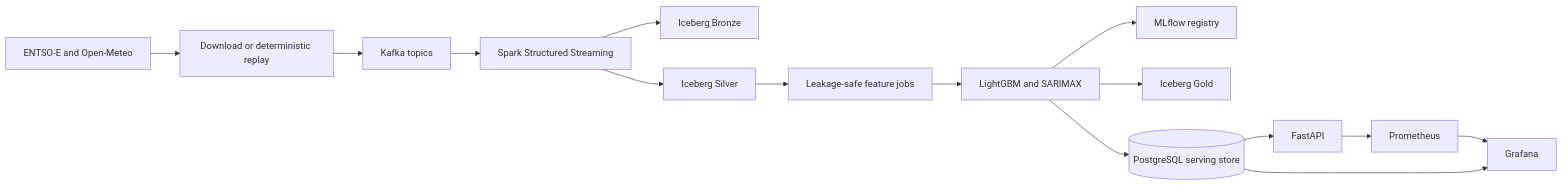
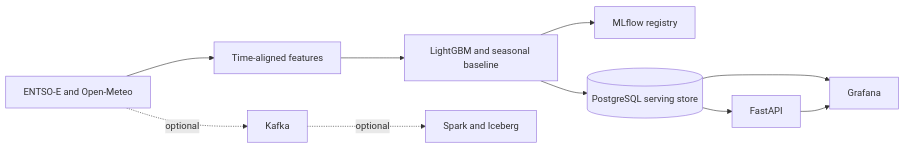
Before and after one commit to hsilvosa/energy-grid: the diagram in README.md, drawn with Mermaid. The commit also changed other lines of this file and 13 other files, not shown here.

````diff
--- a/README.md
+++ b/README.md
@@ -11,17 +13,12 @@
 ```mermaid
 flowchart LR
-    Sources[ENTSO-E and Open-Meteo] --> Replay[Download or deterministic replay]
-    Replay --> Kafka[Kafka topics]
-    Kafka --> Spark[Spark Structured Streaming]
-    Spark --> Bronze[Iceberg Bronze]
-    Spark --> Silver[Iceberg Silver]
-    Silver --> Features[Leakage-safe feature jobs]
-    Features --> Models[LightGBM and SARIMAX]
+    Sources[ENTSO-E and Open-Meteo] --> Features[Time-aligned features]
+    Features --> Models[LightGBM and seasonal baseline]
     Models --> MLflow[MLflow registry]
-    Models --> Gold[Iceberg Gold]
     Models --> Postgres[(PostgreSQL serving store)]
     Postgres --> API[FastAPI]
-    API --> Prometheus[Prometheus]
-    Prometheus --> Grafana[Grafana]
     Postgres --> Grafana
+    API --> Grafana
+    Sources -. optional .-> Kafka[Kafka]
+    Kafka -. optional .-> Spark[Spark and Iceberg]
 ```
````
